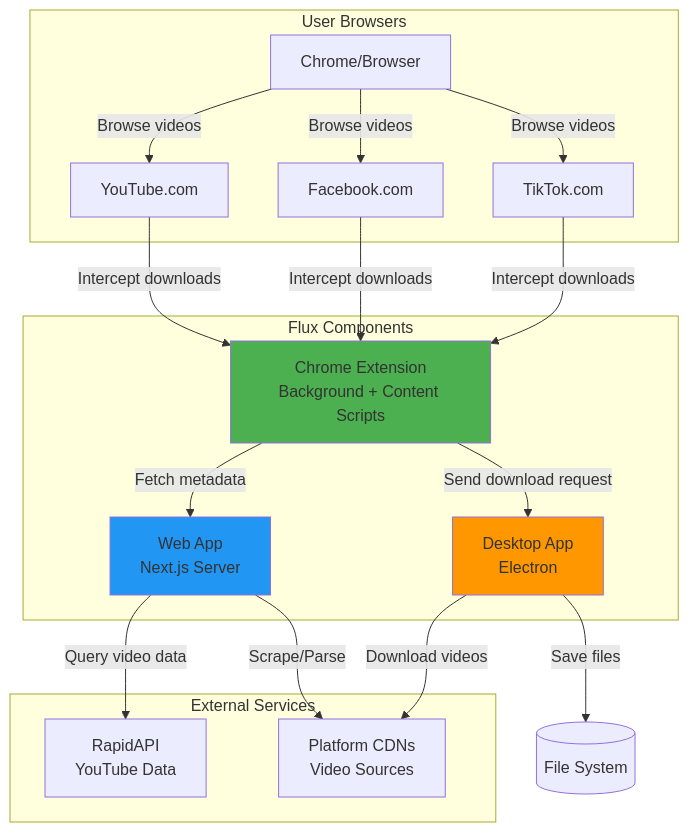
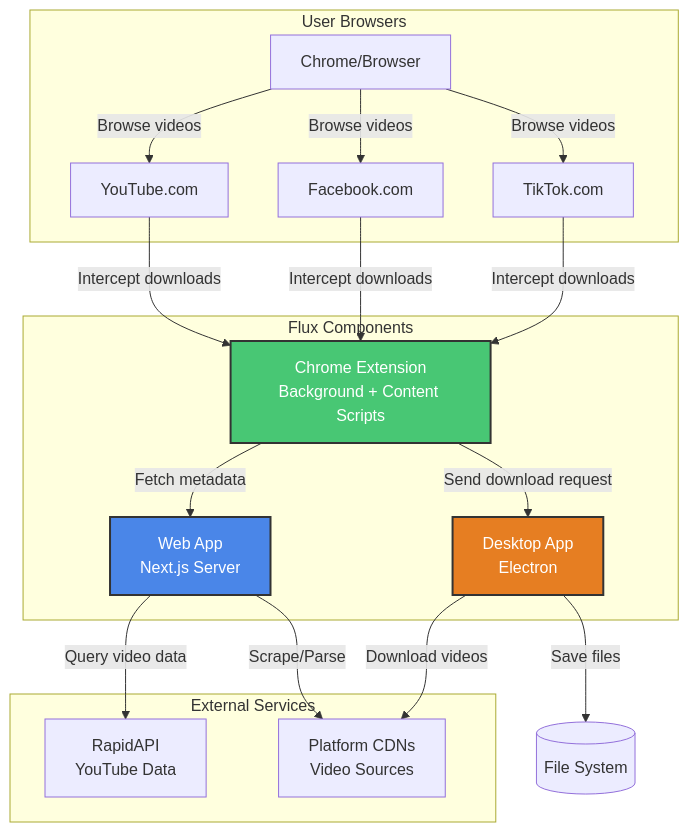
Before and after one commit to lwshakib/flux-video-downloader: the first of 14 diagrams in README.md, drawn with Mermaid. The commit also changed other lines of this file, not shown here.

First line of the commit message:
style: update README diagrams with improved color schemes and stroke properties

````diff
--- a/README.md
+++ b/README.md
@@ -253,41 +253,41 @@
 ```mermaid
 graph TB
     subgraph "User Browsers"
         Browser[Chrome/Browser]
         YouTube[YouTube.com]
         Facebook[Facebook.com]
         TikTok[TikTok.com]
     end
 
     subgraph "Flux Components"
         Extension[Chrome Extension<br/>Background + Content Scripts]
         WebApp[Web App<br/>Next.js Server]
         Desktop[Desktop App<br/>Electron]
     end
 
     subgraph "External Services"
         RapidAPI[RapidAPI<br/>YouTube Data]
         PlatformCDN[Platform CDNs<br/>Video Sources]
     end
 
     Browser -->|Browse videos| YouTube
     Browser -->|Browse videos| Facebook
     Browser -->|Browse videos| TikTok
 
     YouTube -->|Intercept downloads| Extension
     Facebook -->|Intercept downloads| Extension
     TikTok -->|Intercept downloads| Extension
 
     Extension -->|Fetch metadata| WebApp
     Extension -->|Send download request| Desktop
 
     WebApp -->|Query video data| RapidAPI
     WebApp -->|Scrape/Parse| PlatformCDN
 
     Desktop -->|Download videos| PlatformCDN
     Desktop -->|Save files| FileSystem[(File System)]
 
-    style Extension fill:#4CAF50
-    style WebApp fill:#2196F3
-    style Desktop fill:#FF9800
+    style Extension fill:#48C774,stroke:#333,stroke-width:2px,color:#fff
+    style WebApp fill:#4A86E8,stroke:#333,stroke-width:2px,color:#fff
+    style Desktop fill:#E67E22,stroke:#333,stroke-width:2px,color:#fff
 ```
````
